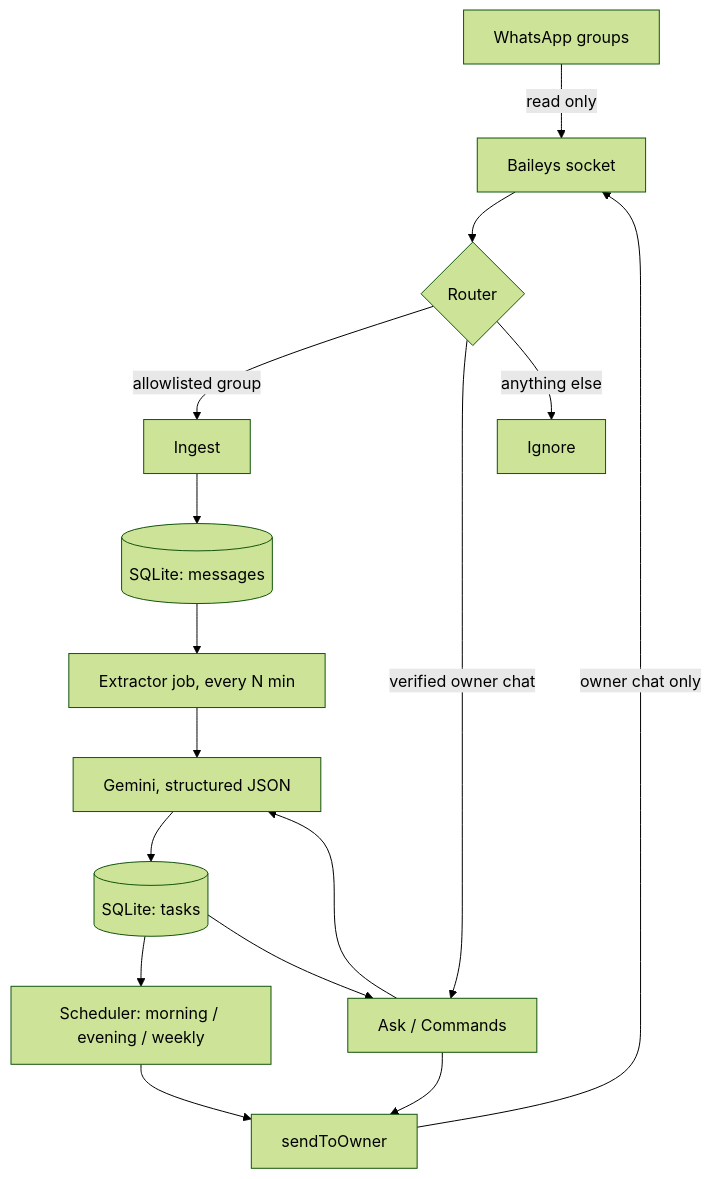
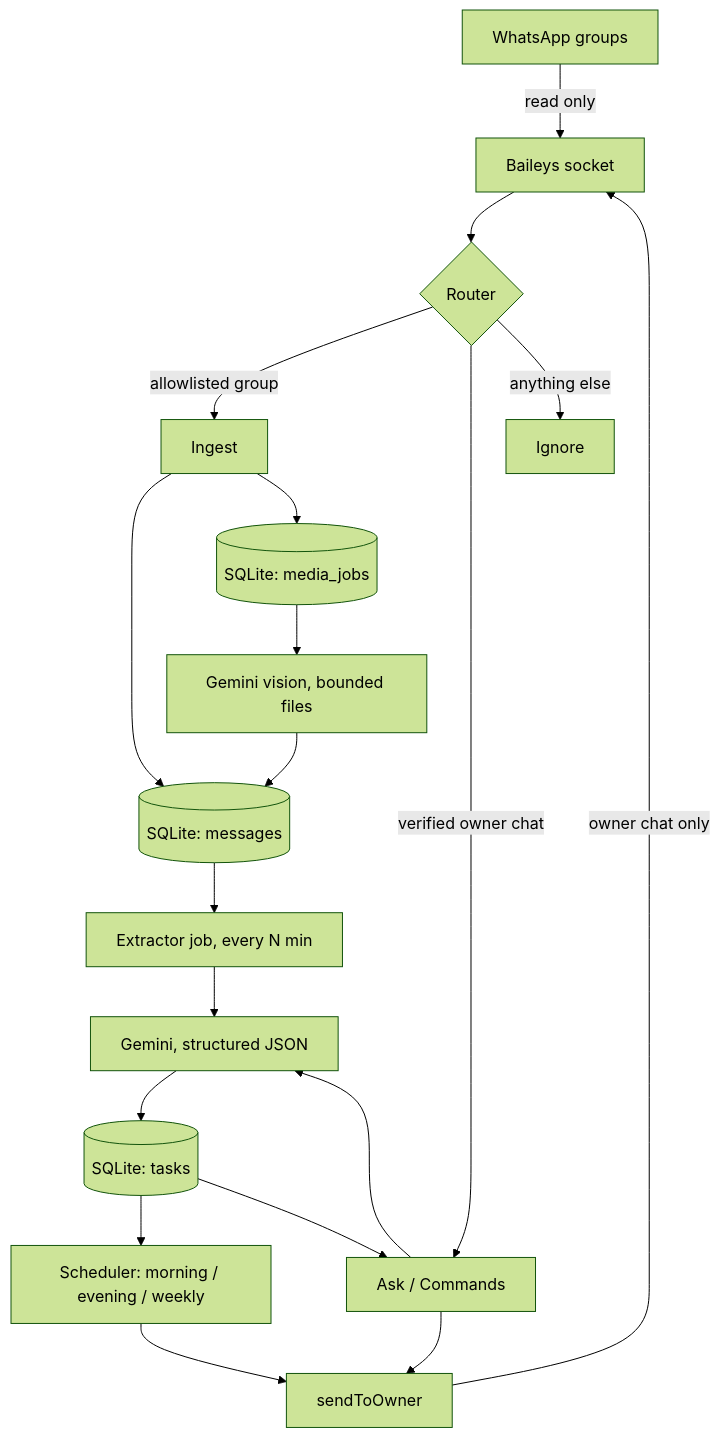
One commit to Coding-Moves/maya-assistant changed the diagram in ARCHITECTURE.md. Above: the diagram before and after it, drawn with Mermaid (forest theme). The commit also changed other lines of this file and 14 other files, not shown here.

````diff
--- a/ARCHITECTURE.md
+++ b/ARCHITECTURE.md
@@ -14,18 +14,21 @@
 ```mermaid
 flowchart TD
     G[WhatsApp groups] -->|read only| W[Baileys socket]
     W --> R{Router}
     R -->|allowlisted group| I[Ingest]
     R -->|verified owner chat| Q[Ask / Commands]
     R -->|anything else| X[Ignore]
     I --> DB[(SQLite: messages)]
+    I --> MQ[(SQLite: media_jobs)]
+    MQ --> MV[Gemini vision, bounded files]
+    MV --> DB
     DB --> E[Extractor job, every N min]
     E --> AI[Gemini, structured JSON]
     AI --> T[(SQLite: tasks)]
     T --> S[Scheduler: morning / evening / weekly]
     T --> Q
     Q --> AI
     S --> O[sendToOwner]
     Q --> O
     O -->|owner chat only| W
 ```
````
